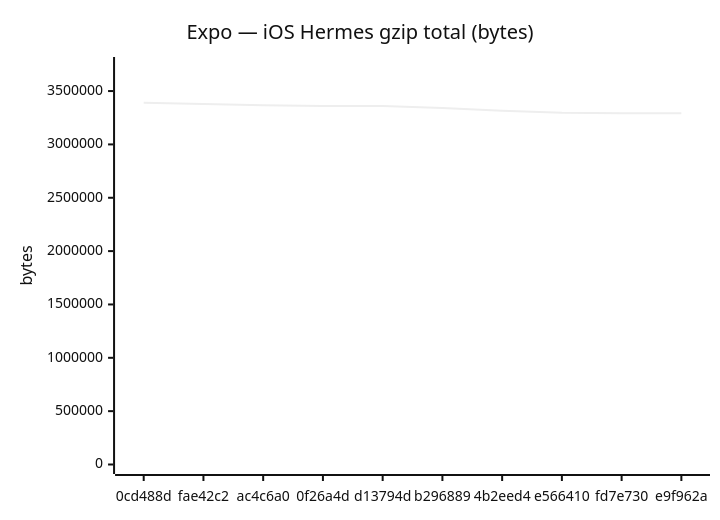
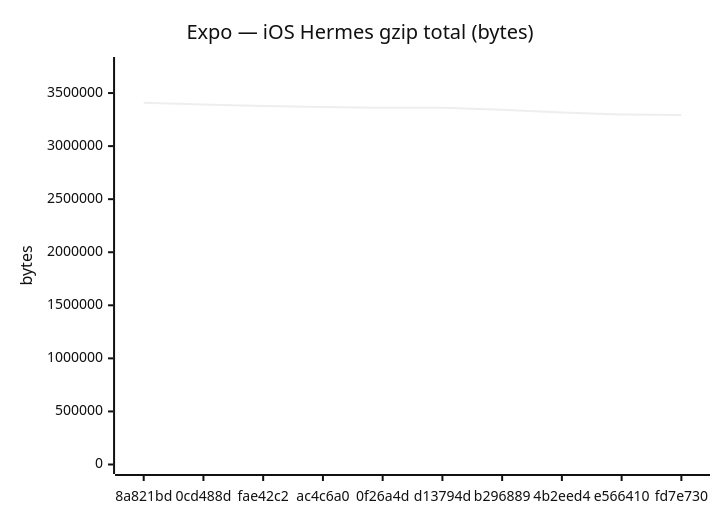
The sixth of 18 diagrams in benchmarks/compare.md (Metaheurist/Rianell), drawn with Mermaid (neutral theme) before and after one commit. The commit also changed other lines of this file and 11 other files, not shown here.

````diff
--- a/benchmarks/compare.md
+++ b/benchmarks/compare.md
@@ -96,7 +96,7 @@
 ```mermaid
 xychart-beta
     title "Expo — iOS Hermes gzip total (bytes)"
-    x-axis ["0cd488d", "fae42c2", "ac4c6a0", "0f26a4d", "d13794d", "b296889", "4b2eed4", "e566410", "fd7e730", "e9f962a"]
-    y-axis "bytes" 0 --> 3730236
-    line [3391123, 3378280, 3368083, 3360774, 3360776, 3341646, 3316545, 3297734, 3293199, 3293198]
+    x-axis ["8a821bd", "0cd488d", "fae42c2", "ac4c6a0", "0f26a4d", "d13794d", "b296889", "4b2eed4", "e566410", "fd7e730"]
+    y-axis "bytes" 0 --> 3750144
+    line [3409221, 3391123, 3378280, 3368083, 3360774, 3360776, 3341646, 3316545, 3297734, 3293199]
 ```
````
